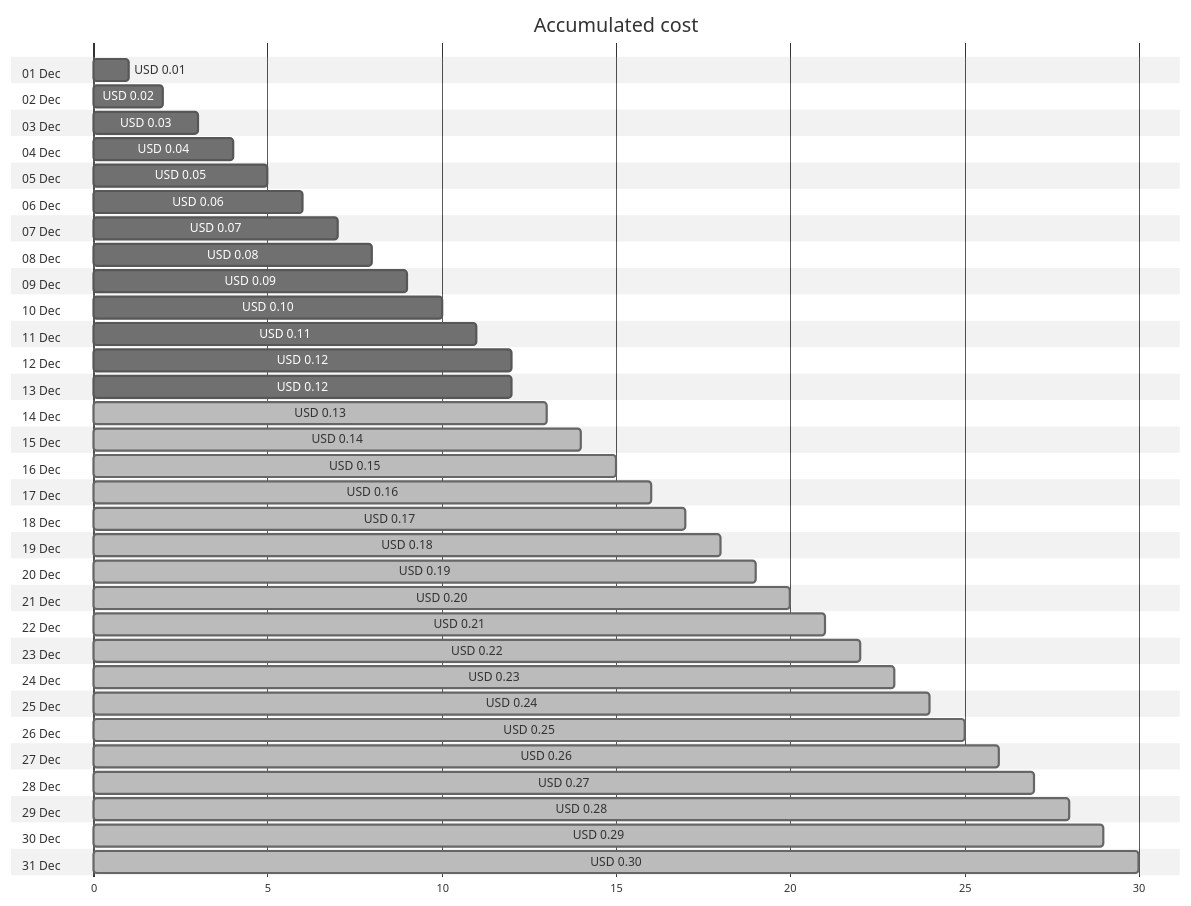
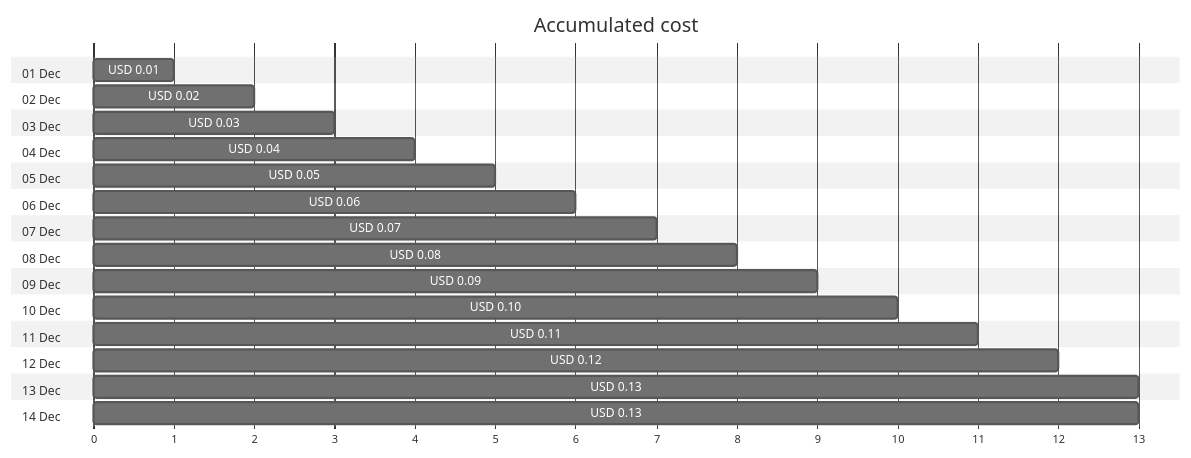
Before and after one commit to jpfulton/azure-personal-reports: the first of 4 diagrams in cost-reports/cloud-shell-storage-eastus/README.md, drawn with Mermaid (neutral theme). The commit also changed other lines of this file and 1 other file, not shown here.

Commit message:
Generated reports [skip ci]

````diff
--- a/cost-reports/cloud-shell-storage-eastus/README.md
+++ b/cost-reports/cloud-shell-storage-eastus/README.md
@@ -20,68 +20,34 @@
 ```mermaid
 gantt
    title Accumulated cost
    dateFormat  X
    axisFormat %s
    section 01 Dec
    USD 0.01 :0, 1
    section 02 Dec
    USD 0.02 :0, 2
    section 03 Dec
    USD 0.03 :0, 3
    section 04 Dec
    USD 0.04 :0, 4
    section 05 Dec
    USD 0.05 :0, 5
    section 06 Dec
    USD 0.06 :0, 6
    section 07 Dec
    USD 0.07 :0, 7
    section 08 Dec
    USD 0.08 :0, 8
    section 09 Dec
    USD 0.09 :0, 9
    section 10 Dec
    USD 0.10 :0, 10
    section 11 Dec
    USD 0.11 :0, 11
    section 12 Dec
    USD 0.12 :0, 12
    section 13 Dec
-   USD 0.12 :0, 12
+   USD 0.13 :0, 13
    section 14 Dec
-   USD 0.13 : done, 0, 13
-   section 15 Dec
-   USD 0.14 : done, 0, 14
-   section 16 Dec
-   USD 0.15 : done, 0, 15
-   section 17 Dec
-   USD 0.16 : done, 0, 16
-   section 18 Dec
-   USD 0.17 : done, 0, 17
-   section 19 Dec
-   USD 0.18 : done, 0, 18
-   section 20 Dec
-   USD 0.19 : done, 0, 19
-   section 21 Dec
-   USD 0.20 : done, 0, 20
-   section 22 Dec
-   USD 0.21 : done, 0, 21
-   section 23 Dec
-   USD 0.22 : done, 0, 22
-   section 24 Dec
-   USD 0.23 : done, 0, 23
-   section 25 Dec
-   USD 0.24 : done, 0, 24
-   section 26 Dec
-   USD 0.25 : done, 0, 25
-   section 27 Dec
-   USD 0.26 : done, 0, 26
-   section 28 Dec
-   USD 0.27 : done, 0, 27
-   section 29 Dec
-   USD 0.28 : done, 0, 28
-   section 30 Dec
-   USD 0.29 : done, 0, 29
-   section 31 Dec
-   USD 0.30 : done, 0, 30
+   USD 0.13 :0, 13
 ```
````
